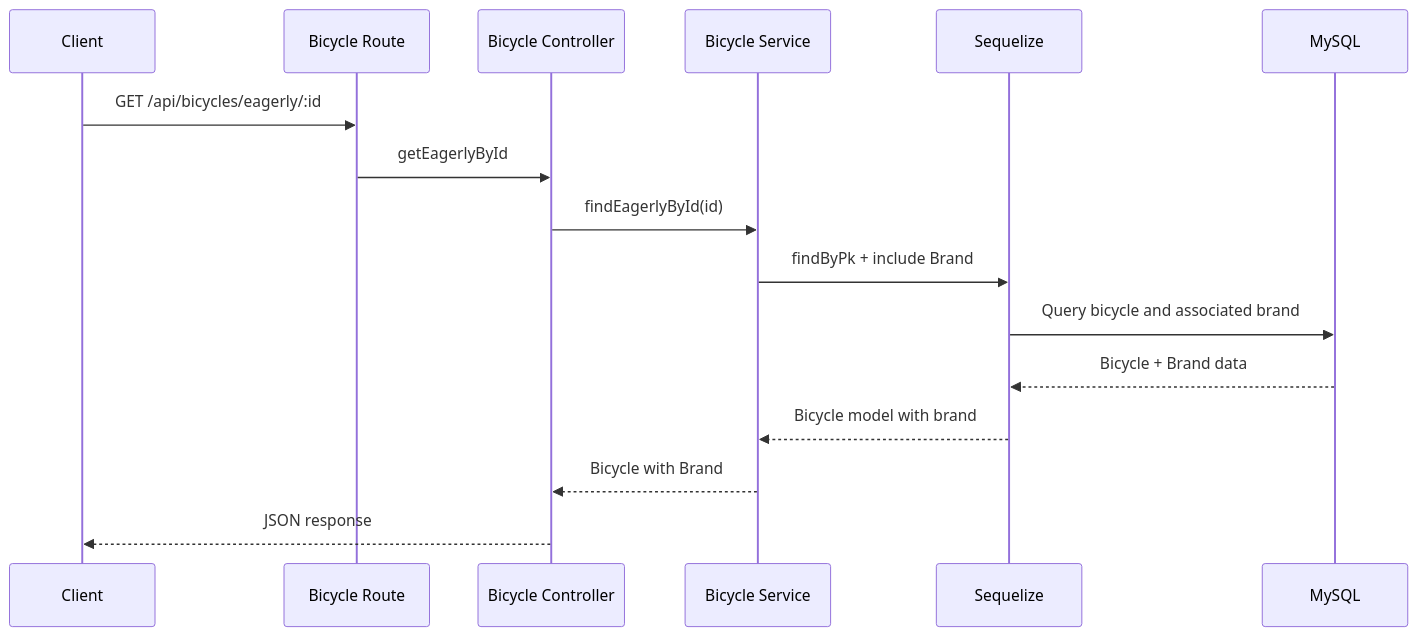
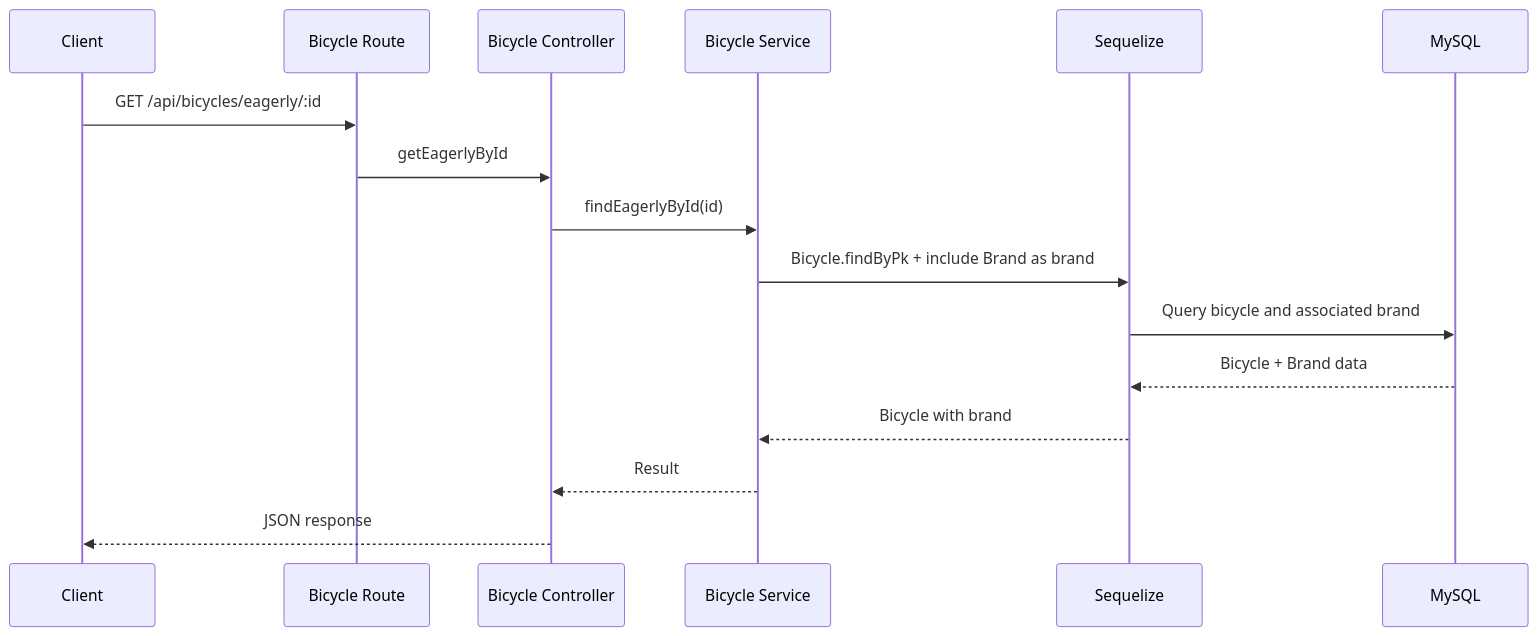
One commit to victormanuelgarciabatista-arch/bicycle-shop-dsw changed the sixth of 7 diagrams in README.md. Above: the diagram before and after it, drawn with Mermaid. The commit also changed other lines of this file, not shown here.

````diff
--- a/README.md
+++ b/README.md
@@ -328,19 +376,19 @@
-``` mermaid
+```mermaid
 sequenceDiagram
     participant C as Client
     participant R as Bicycle Route
     participant CT as Bicycle Controller
     participant S as Bicycle Service
     participant O as Sequelize
     participant DB as MySQL
 
     C->>R: GET /api/bicycles/eagerly/:id
     R->>CT: getEagerlyById
     CT->>S: findEagerlyById(id)
-    S->>O: findByPk + include Brand
+    S->>O: Bicycle.findByPk + include Brand as brand
     O->>DB: Query bicycle and associated brand
     DB-->>O: Bicycle + Brand data
-    O-->>S: Bicycle model with brand
-    S-->>CT: Bicycle with Brand
+    O-->>S: Bicycle with brand
+    S-->>CT: Result
     CT-->>C: JSON response
 ```
````
